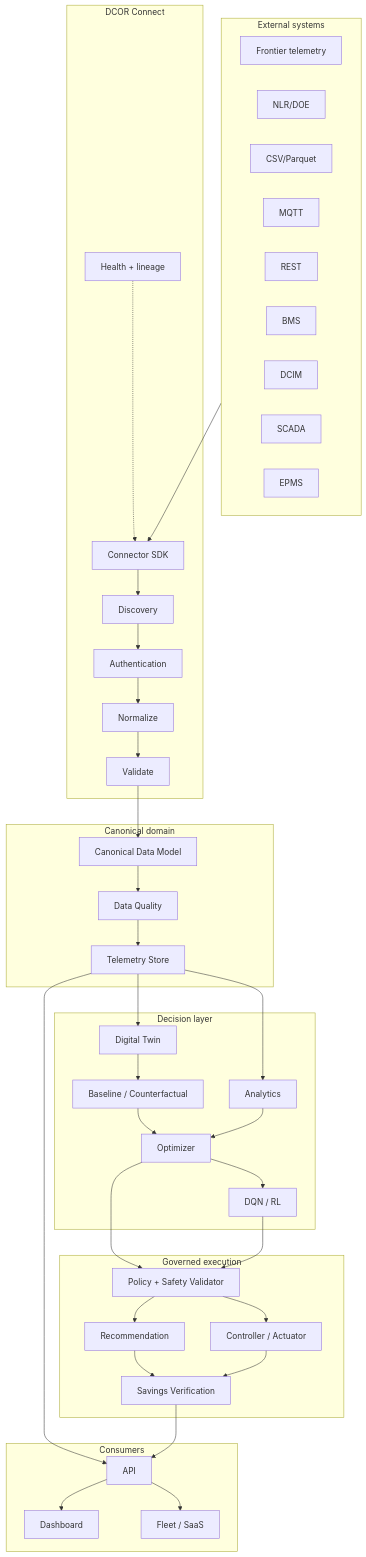
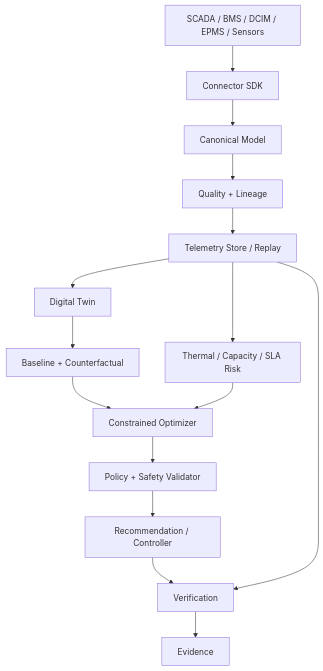
One commit to scoobiii/dcor changed the diagram in ARCHITECTURE.md. Above: the diagram before and after it, drawn with Mermaid. The commit also changed other lines of this file and 12 other files, not shown here.

Commit message:
docs: formalize thermal risk and dynamic setpoint optimization

````diff
--- a/ARCHITECTURE.md
+++ b/ARCHITECTURE.md
@@ -16,66 +16,22 @@
 ```mermaid
 flowchart TB
-  subgraph SOURCES[External systems]
-    F[Frontier telemetry]
-    N[NLR/DOE]
-    FILE[CSV/Parquet]
-    MQTT[MQTT]
-    REST[REST]
-    BMS[BMS]
-    DCIM[DCIM]
-    SCADA[SCADA]
-    EPMS[EPMS]
-  end
+  SRC[SCADA / BMS / DCIM / EPMS / Sensors]
+  CON[Connector SDK]
+  CAN[Canonical Model]
+  Q[Quality + Lineage]
+  STORE[Telemetry Store / Replay]
+  TWIN[Digital Twin]
+  BASE[Baseline + Counterfactual]
+  RISK[Thermal / Capacity / SLA Risk]
+  OPT[Constrained Optimizer]
+  POL[Policy + Safety Validator]
+  CTRL[Recommendation / Controller]
+  VER[Verification]
+  EVID[Evidence]
 
-  subgraph CONNECT[DCOR Connect]
-    SDK[Connector SDK]
-    DISC[Discovery]
-    AUTH[Authentication]
-    NORM[Normalize]
-    VALID[Validate]
-    HEALTH[Health + lineage]
-  end
-
-  subgraph DOMAIN[Canonical domain]
-    MODEL[Canonical Data Model]
-    QUALITY[Data Quality]
-    STORE[Telemetry Store]
-  end
-
-  subgraph INTEL[Decision layer]
-    TWIN[Digital Twin]
-    BASE[Baseline / Counterfactual]
-    ANA[Analytics]
-    OPT[Optimizer]
-    RL[DQN / RL]
-  end
-
-  subgraph CONTROL[Governed execution]
-    POLICY[Policy + Safety Validator]
-    REC[Recommendation]
-    CTRL[Controller / Actuator]
-    VERIFY[Savings Verification]
-  end
-
-  subgraph PRESENT[Consumers]
-    API[API]
-    DASH[Dashboard]
-    FLEET[Fleet / SaaS]
-  end
-
-  SOURCES --> SDK --> DISC --> AUTH --> NORM --> VALID --> MODEL
-  HEALTH -.-> SDK
-  MODEL --> QUALITY --> STORE
-  STORE --> TWIN
-  STORE --> ANA
-  TWIN --> BASE --> OPT
-  ANA --> OPT
-  OPT --> RL
-  OPT --> POLICY
-  RL --> POLICY
-  POLICY --> REC --> VERIFY
-  POLICY --> CTRL --> VERIFY
-  STORE --> API --> DASH
-  VERIFY --> API
-  API --> FLEET
+  SRC --> CON --> CAN --> Q --> STORE
+  STORE --> TWIN --> BASE --> OPT
+  STORE --> RISK --> OPT
+  OPT --> POL --> CTRL --> VER --> EVID
+  STORE --> VER
 ```
````
